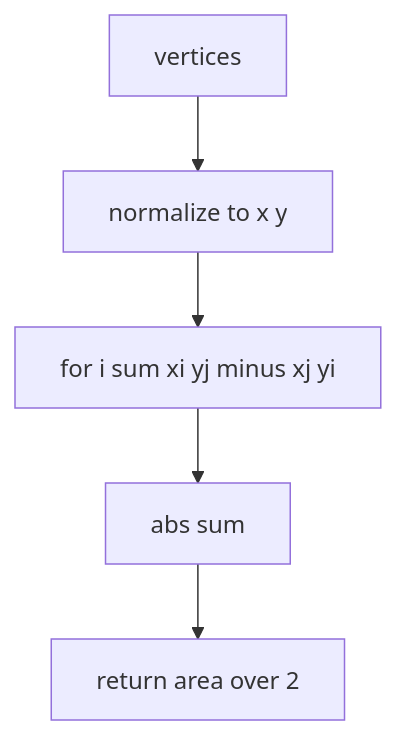
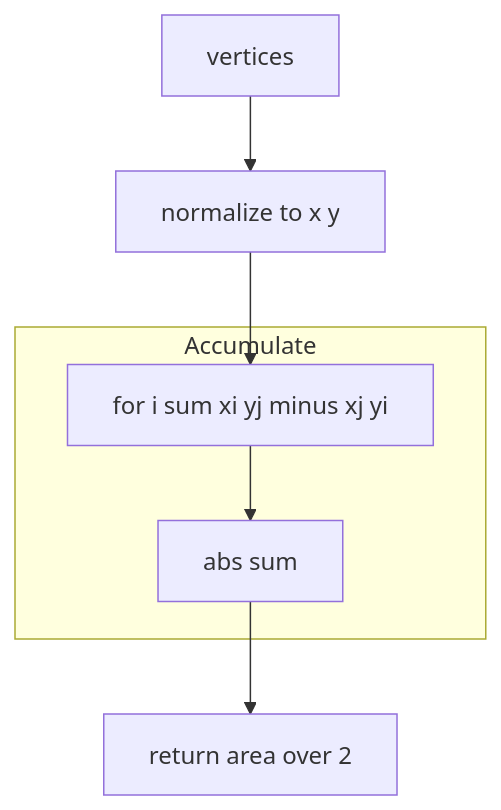
One commit to Gh0st352/AETHR changed the third of 4 diagrams in docs/poly/bounds_and_divisions.md. Above: the diagram before and after it, drawn with Mermaid. The commit also changed other lines of this file and 9 other files, not shown here.

First line of the commit message:
docs(poly): improve README headings and mermaid diagrams

````diff
--- a/docs/poly/bounds_and_divisions.md
+++ b/docs/poly/bounds_and_divisions.md
@@ -40,7 +66,18 @@
 ```mermaid
+%% shared theme: docs/_mermaid/theme.json %%
 flowchart TD
   IN[vertices] --> NORM[normalize to x y]
   NORM --> LOOP[for i sum xi yj minus xj yi]
   LOOP --> ABS[abs sum]
   ABS --> RET[return area over 2]
+
+  subgraph "Accumulate"
+    LOOP
+    ABS
+  end
+
+  class IN class_io;
+  class NORM,LOOP class_step;
+  class ABS class_compute;
+  class RET class_result;
 ```
````
